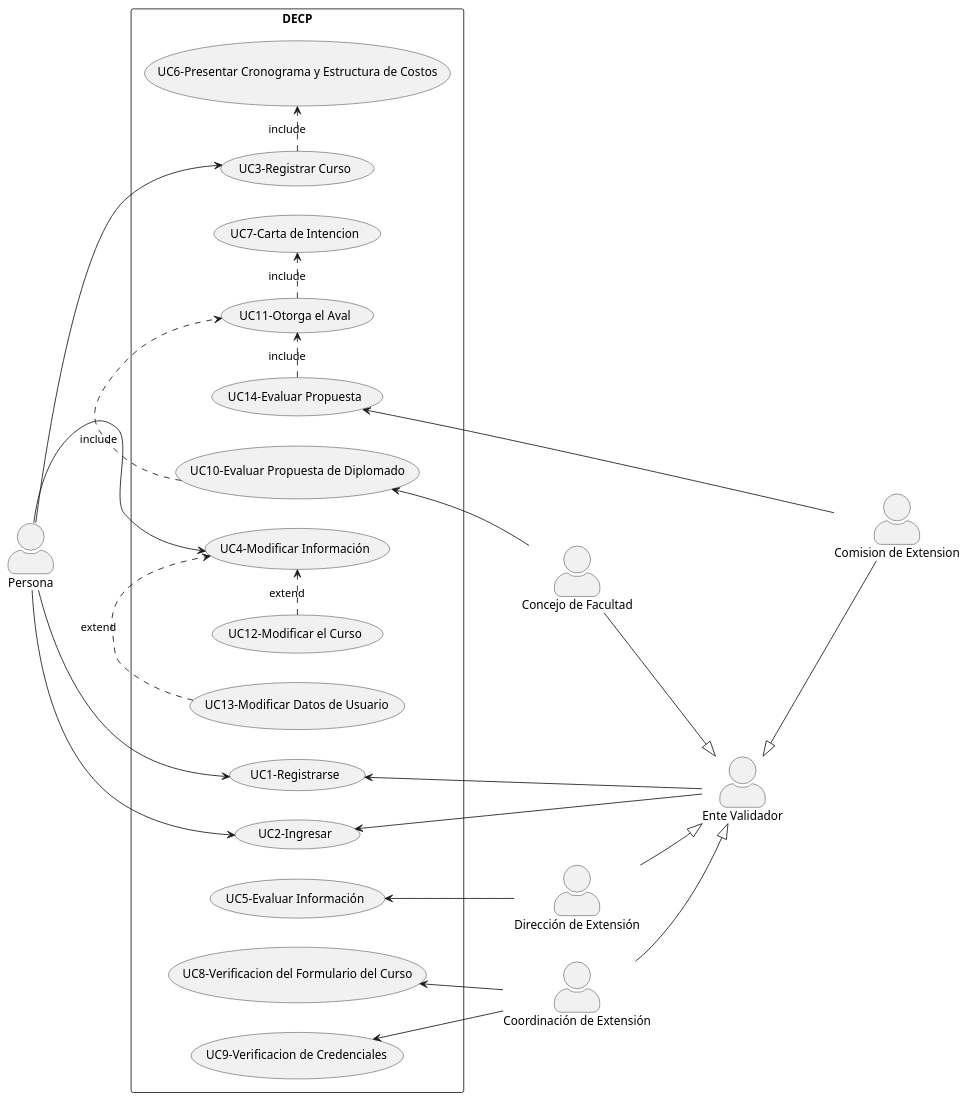
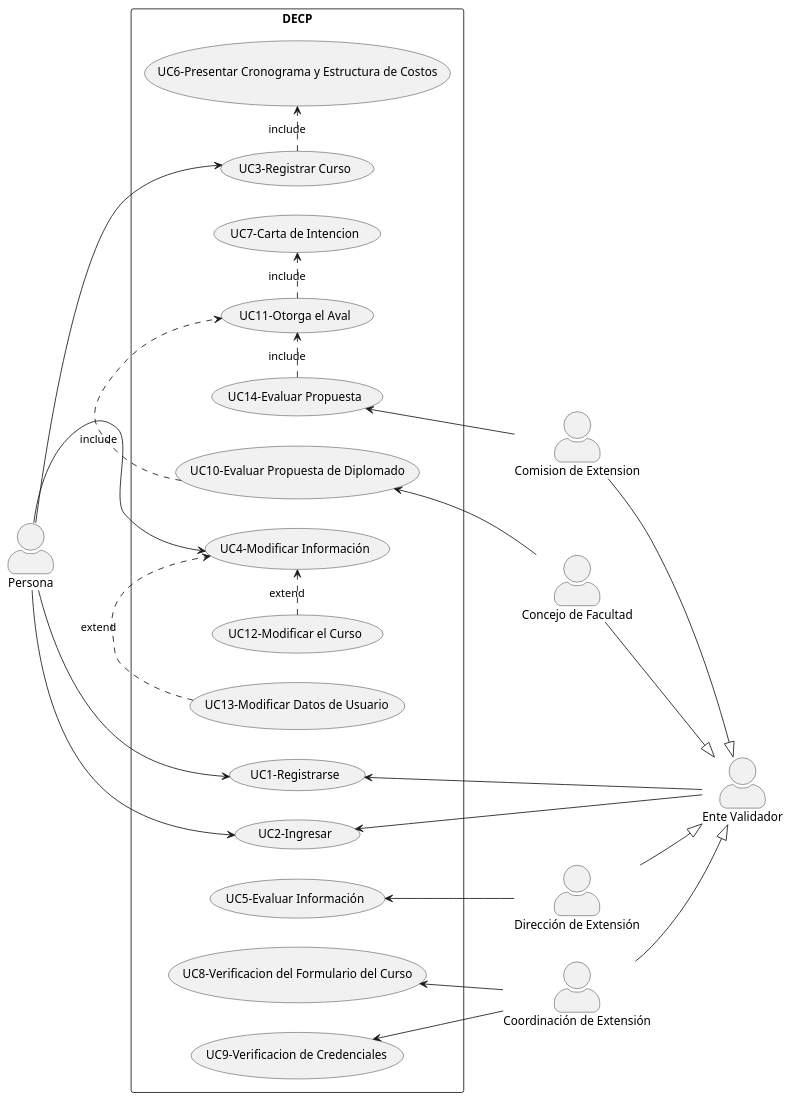
Before and after one commit to dalekprime/Ingenieria_de_Software_Equipo8: the diagram in Casos de usos - Entrega de Requisitos.wsd, drawn with PlantUML. The commit also changed 1 other file, not shown here.

```diff
--- a/Casos de usos - Entrega de Requisitos.wsd
+++ b/Casos de usos - Entrega de Requisitos.wsd
@@ -1,49 +1,49 @@
 @startuml usecase
 skinparam actorStyle awesome
 left to right direction
 :Persona: as a
 
 :Ente Validador: as e
 :Dirección de Extensión: as b
 :Coordinación de Extensión: as c
 :Concejo de Facultad: as d
 :Comision de Extension: as f
 
 rectangle DECP{
 (UC1-Registrarse) as 1
 (UC2-Ingresar) as 2 
 (UC3-Registrar Curso) as 3
 (UC6-Presentar Cronograma y Estructura de Costos) as 6
 (UC4-Modificar Información) as 4
 (UC5-Evaluar Información) as 5
 (UC7-Carta de Intencion) as 7
 (UC8-Verificacion del Formulario del Curso) as 8
 (UC9-Verificacion de Credenciales) as 9
 (UC10-Evaluar Propuesta de Diplomado) as 10
 (UC11-Otorga el Aval) as 11
 (UC12-Modificar el Curso) as 12
 (UC13-Modificar Datos de Usuario) as 13
 (UC14-Evaluar Propuesta) as 14
 }
-e <|-- f
+f --|> e
 1 <-- e
 b --|> e
 c --|> e
 d --|> e
 a --> 1
 a --> 2
 e --> 2
 a --> 3
 a --> 4
 5 <-- b
 8 <-- c
 9 <-- c
 10 <-- d
 3 .> 6 : include
 14 .> 11 : include
 10 .> 11 : include
 11 .> 7: include
 12 .> 4: extend
 13 .> 4: extend
 14 <-- f
 @enduml
```
